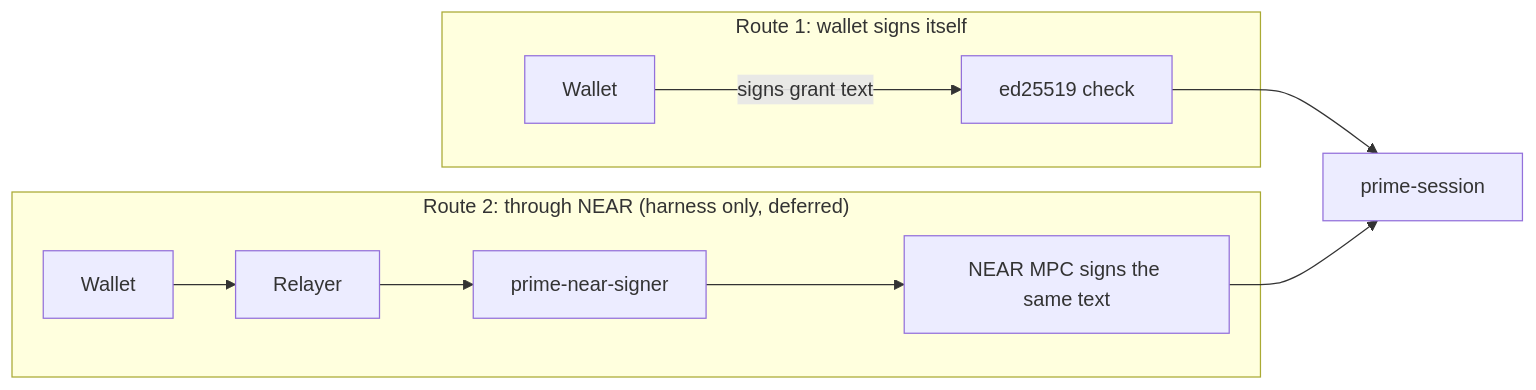
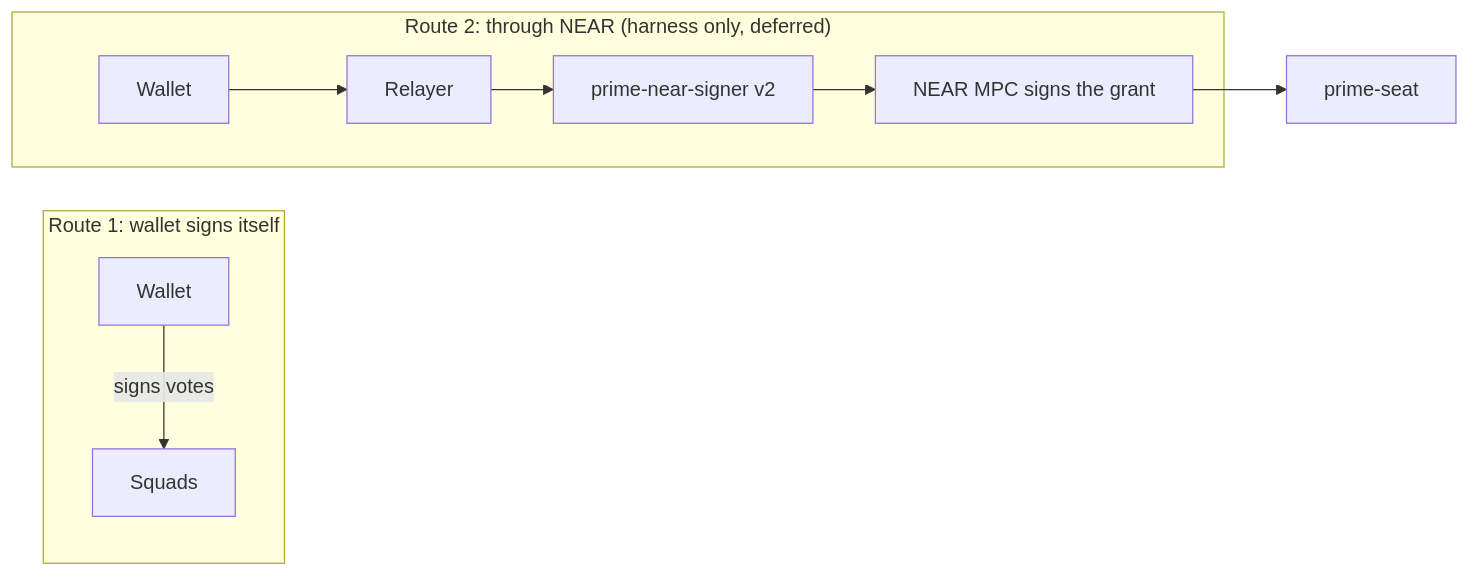
One commit to untangledfinance/oz-policy-builder changed diagram 12 of 12 in contracts/solana/README-architecture.md. Above: the diagram before and after it, drawn with Mermaid. The commit also changed other lines of this file and 11 other files, not shown here.

````diff
--- a/contracts/solana/README-architecture.md
+++ b/contracts/solana/README-architecture.md
@@ -692,13 +629,12 @@
 ```mermaid
 flowchart LR
   subgraph NAT["Route 1: wallet signs itself"]
-    W1[Wallet] -- "signs grant text" --> T1[ed25519 check]
+    W1[Wallet] -- "signs votes" --> T1[Squads]
   end
   subgraph NEAR["Route 2: through NEAR (harness only, deferred)"]
     W2[Wallet] --> R2[Relayer]
-    R2 --> S2[prime-near-signer]
-    S2 --> M2[NEAR MPC signs the same text]
+    R2 --> S2[prime-near-signer v2]
+    S2 --> M2[NEAR MPC signs the grant]
   end
-  T1 --> P[prime-session]
-  M2 --> P
+  M2 --> P[prime-seat]
 ```
````
